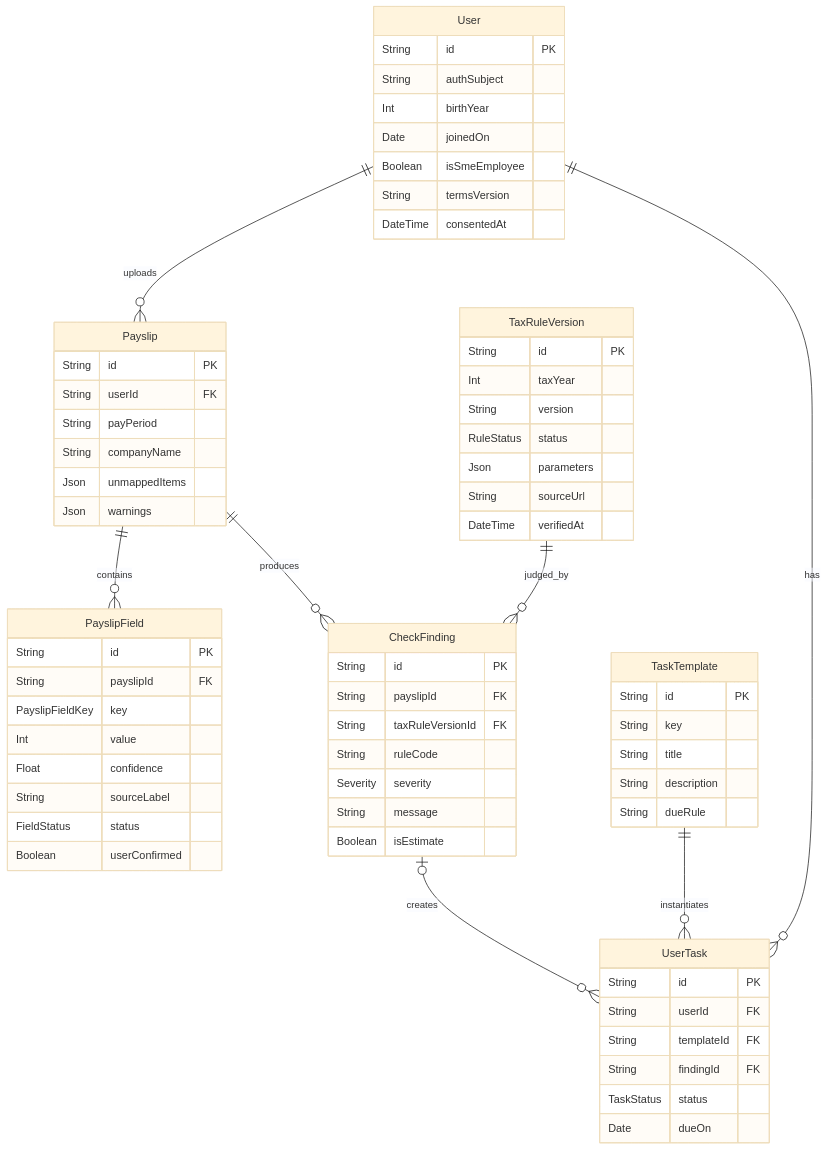
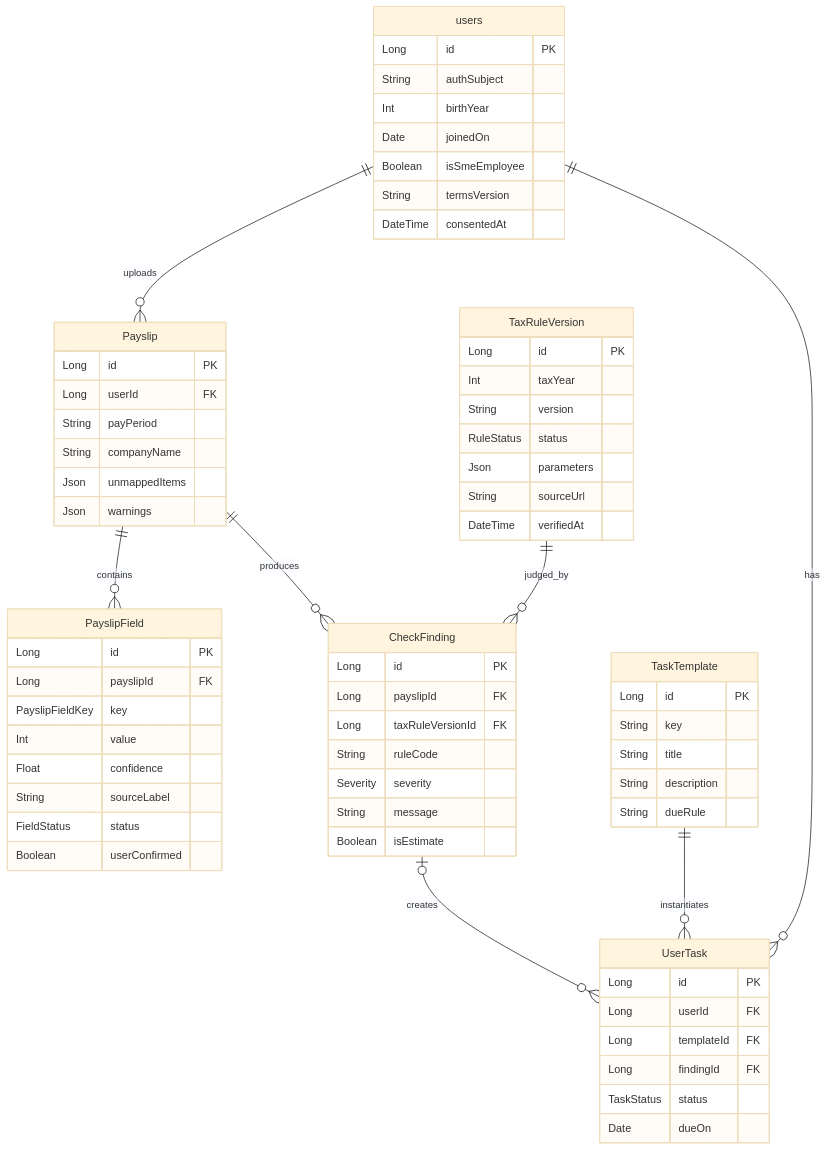
The diagram in docs/DATABASE/MVP/erd.md (Real-Woong/GDGoC_OTP_Team1), drawn with Mermaid (base theme) before and after one commit. The commit also changed other lines of this file and 3 other files, not shown here.

First line of the commit message:
ERD 문서를 BE 구현에 맞춤: ID는 Long, 사용자 테이블은 users

````diff
--- a/docs/DATABASE/MVP/erd.md
+++ b/docs/DATABASE/MVP/erd.md
@@ -7,70 +9,70 @@
 ```mermaid
 erDiagram
-    User ||--o{ Payslip : uploads
-    User ||--o{ UserTask : has
+    users ||--o{ Payslip : uploads
+    users ||--o{ UserTask : has
     Payslip ||--o{ PayslipField : contains
     Payslip ||--o{ CheckFinding : produces
     TaxRuleVersion ||--o{ CheckFinding : judged_by
     CheckFinding |o--o{ UserTask : creates
     TaskTemplate ||--o{ UserTask : instantiates
-    User {
-        String id PK
+    users {
+        Long id PK
         String authSubject
         Int birthYear
         Date joinedOn
         Boolean isSmeEmployee
         String termsVersion
         DateTime consentedAt
     }
     Payslip {
-        String id PK
-        String userId FK
+        Long id PK
+        Long userId FK
         String payPeriod
         String companyName
         Json unmappedItems
         Json warnings
     }
     PayslipField {
-        String id PK
-        String payslipId FK
+        Long id PK
+        Long payslipId FK
         PayslipFieldKey key
         Int value
         Float confidence
         String sourceLabel
         FieldStatus status
         Boolean userConfirmed
     }
     TaxRuleVersion {
-        String id PK
+        Long id PK
         Int taxYear
         String version
         RuleStatus status
         Json parameters
         String sourceUrl
         DateTime verifiedAt
     }
     CheckFinding {
-        String id PK
-        String payslipId FK
-        String taxRuleVersionId FK
+        Long id PK
+        Long payslipId FK
+        Long taxRuleVersionId FK
         String ruleCode
         Severity severity
         String message
         Boolean isEstimate
     }
     TaskTemplate {
-        String id PK
+        Long id PK
         String key
         String title
         String description
         String dueRule
     }
     UserTask {
-        String id PK
-        String userId FK
-        String templateId FK
-        String findingId FK
+        Long id PK
+        Long userId FK
+        Long templateId FK
+        Long findingId FK
         TaskStatus status
         Date dueOn
     }
 ```
````
